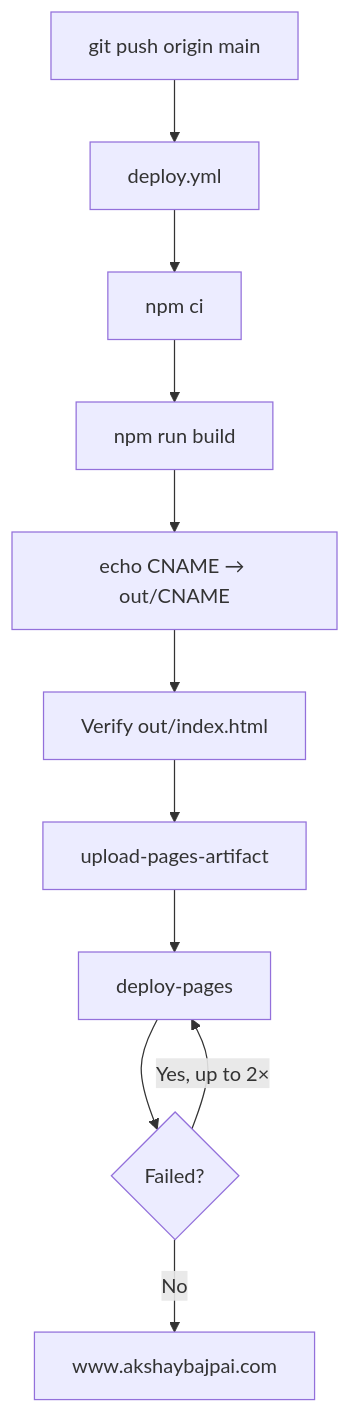
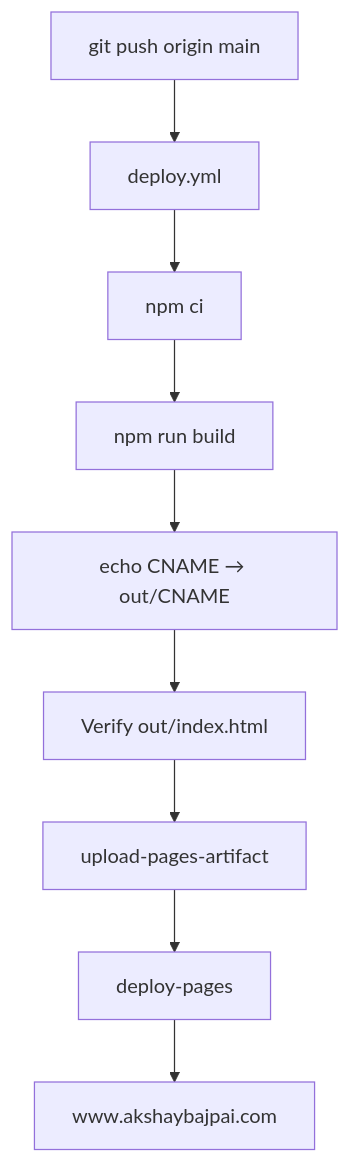
One commit to ax5hay/akshaybajpai.com changed the fifth of 5 diagrams in README.md. Above: the diagram before and after it, drawn with Mermaid. The commit also changed other lines of this file, not shown here.

First line of the commit message:
Rewrite README for the drawing-set architecture

````diff
--- a/README.md
+++ b/README.md
@@ -424,13 +371,11 @@
 ```mermaid
 flowchart TD
   PUSH["git push origin main"] --> WF["deploy.yml"]
   WF --> CI["npm ci"]
   CI --> BUILD["npm run build"]
   BUILD --> CNAME["echo CNAME → out/CNAME"]
   CNAME --> VERIFY["Verify out/index.html"]
   VERIFY --> UPLOAD["upload-pages-artifact"]
   UPLOAD --> DEPLOY["deploy-pages"]
-  DEPLOY --> RETRY{"Failed?"}
-  RETRY -->|Yes, up to 2×| DEPLOY
-  RETRY -->|No| LIVE["www.akshaybajpai.com"]
+  DEPLOY --> LIVE["www.akshaybajpai.com"]
 ```
````
